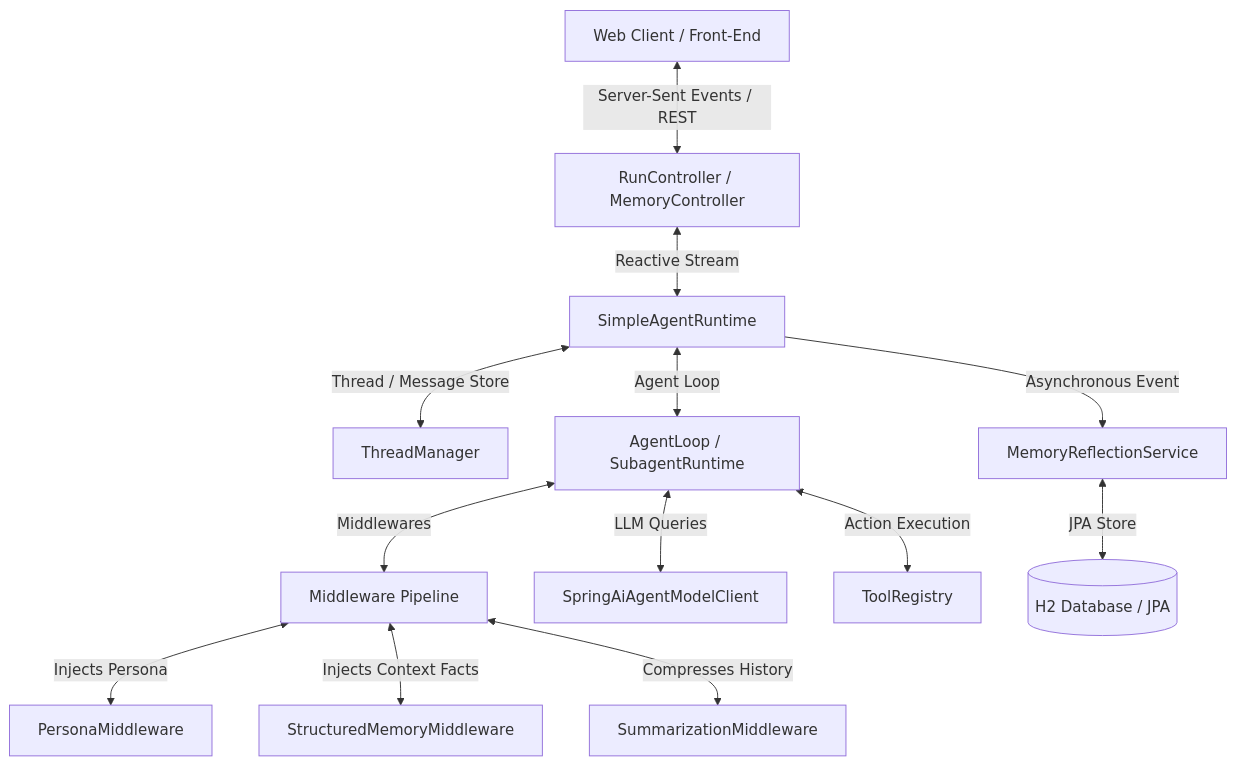
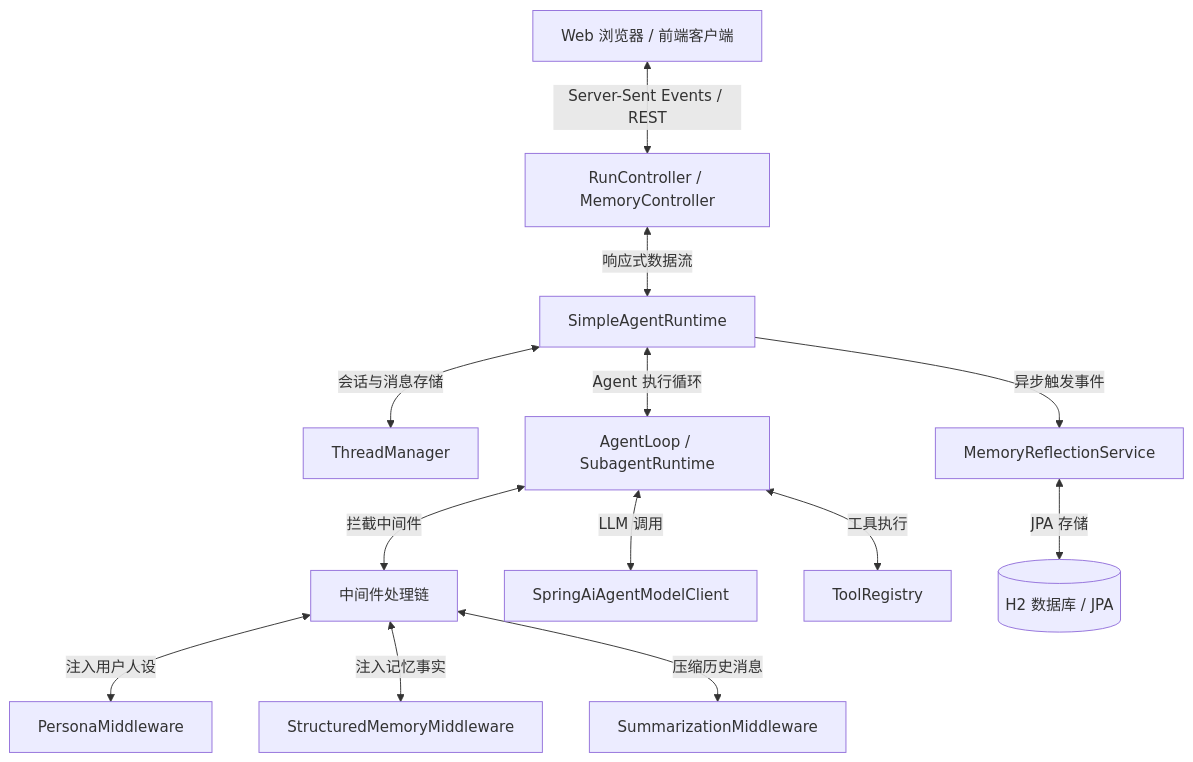
The first of 3 diagrams in deerflow/docs/architecture.md (AarenWang/haifa-ai-deerflow), drawn with Mermaid before and after one commit. The commit also changed other lines of this file, not shown here.

Commit message:
docs: translate technical architecture documentation to Chinese

````diff
--- a/deerflow/docs/architecture.md
+++ b/deerflow/docs/architecture.md
@@ -13,19 +13,19 @@
 ```mermaid
 graph TD
-    Client[Web Client / Front-End] <-->|Server-Sent Events / REST| WebController[RunController / MemoryController]
-    WebController <-->|Reactive Stream| Runtime[SimpleAgentRuntime]
+    Client[Web 浏览器 / 前端客户端] <-->|Server-Sent Events / REST| WebController[RunController / MemoryController]
+    WebController <-->|响应式数据流| Runtime[SimpleAgentRuntime]
     
-    Runtime <-->|Thread / Message Store| ThreadMgr[ThreadManager]
-    Runtime <-->|Agent Loop| AgentLoop[AgentLoop / SubagentRuntime]
-    AgentLoop <-->|Middlewares| MiddlewareChain[Middleware Pipeline]
+    Runtime <-->|会话与消息存储| ThreadMgr[ThreadManager]
+    Runtime <-->|Agent 执行循环| AgentLoop[AgentLoop / SubagentRuntime]
+    AgentLoop <-->|拦截中间件| MiddlewareChain[中间件处理链]
     
-    MiddlewareChain <-->|Injects Persona| PersonaMW[PersonaMiddleware]
-    MiddlewareChain <-->|Injects Context Facts| MemoryMW[StructuredMemoryMiddleware]
-    MiddlewareChain <-->|Compresses History| SummarizeMW[SummarizationMiddleware]
+    MiddlewareChain <-->|注入用户人设| PersonaMW[PersonaMiddleware]
+    MiddlewareChain <-->|注入记忆事实| MemoryMW[StructuredMemoryMiddleware]
+    MiddlewareChain <-->|压缩历史消息| SummarizeMW[SummarizationMiddleware]
     
-    AgentLoop <-->|LLM Queries| ModelClient[SpringAiAgentModelClient]
-    AgentLoop <-->|Action Execution| ToolRegistry[ToolRegistry]
+    AgentLoop <-->|LLM 调用| ModelClient[SpringAiAgentModelClient]
+    AgentLoop <-->|工具执行| ToolRegistry[ToolRegistry]
     
-    Runtime -->|Asynchronous Event| ReflectionService[MemoryReflectionService]
-    ReflectionService <-->|JPA Store| DB[(H2 Database / JPA)]
+    Runtime -->|异步触发事件| ReflectionService[MemoryReflectionService]
+    ReflectionService <-->|JPA 存储| DB[(H2 数据库 / JPA)]
 ```
````
